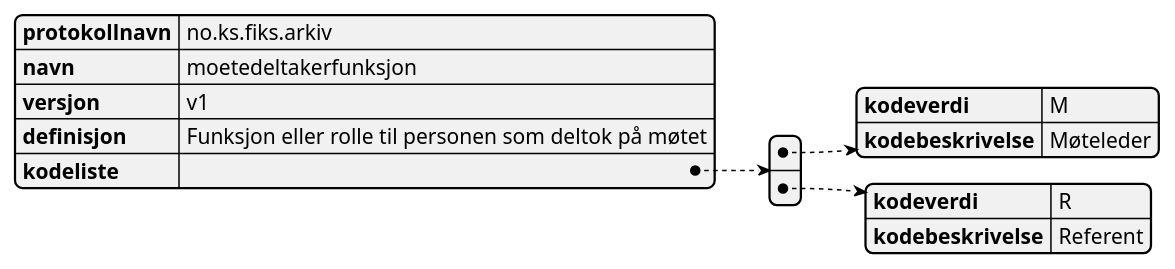
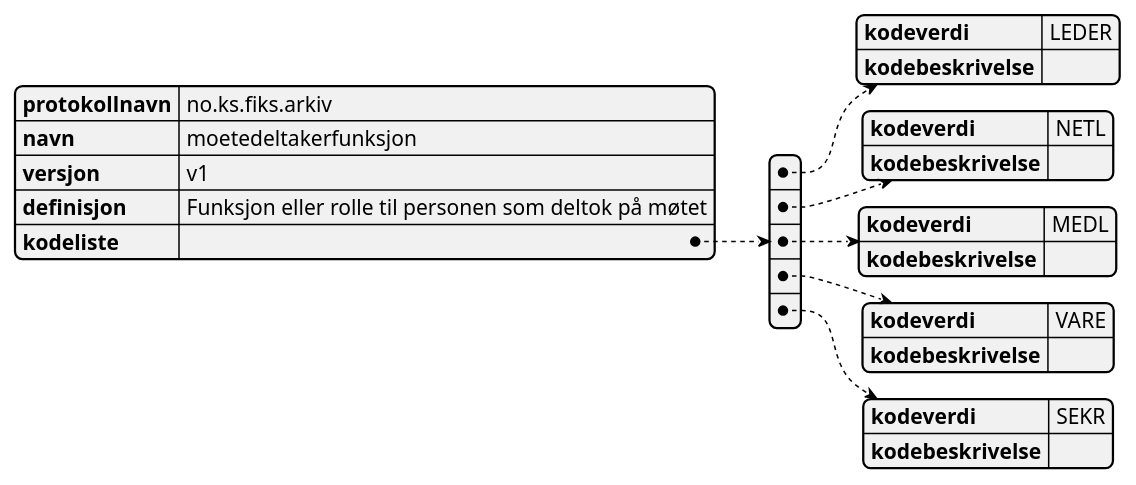
One commit to ks-no/fiks-arkiv-specification changed the diagram in Schema/V1/kodelister/no.ks.fiks.arkiv.v1.kodelister.moetedeltakerfunksjon/no.ks.fiks.arkiv.v1.kodelister.moetedeltakerfunksjon.puml. Above: the diagram before and after it, drawn with PlantUML. The commit also changed 9 other files, not shown here.

```diff
--- a/Schema/V1/kodelister/no.ks.fiks.arkiv.v1.kodelister.moetedeltakerfunksjon/no.ks.fiks.arkiv.v1.kodelister.moetedeltakerfunksjon.puml
+++ b/Schema/V1/kodelister/no.ks.fiks.arkiv.v1.kodelister.moetedeltakerfunksjon/no.ks.fiks.arkiv.v1.kodelister.moetedeltakerfunksjon.puml
@@ -1,18 +1,30 @@
 @startjson
 {
   "protokollnavn": "no.ks.fiks.arkiv",
   "navn": "moetedeltakerfunksjon",
   "versjon": "v1",
   "definisjon": "Funksjon eller rolle til personen som deltok på møtet",
   "kodeliste": [
     {
-      "kodeverdi" : "M",
-      "kodebeskrivelse" : "Møteleder"
+      "kodeverdi" : "LEDER",
+      "kodebeskrivelse" : ""
     },
     {
-      "kodeverdi" : "R",
-      "kodebeskrivelse" : "Referent"
+      "kodeverdi" : "NETL",
+      "kodebeskrivelse" : ""
+    },
+    {
+      "kodeverdi" : "MEDL",
+      "kodebeskrivelse" : ""
+    },
+    {
+      "kodeverdi" : "VARE",
+      "kodebeskrivelse" : ""
+    },
+    {
+      "kodeverdi" : "SEKR",
+      "kodebeskrivelse" : ""
     }
   ]
 }
 @endjson
```
